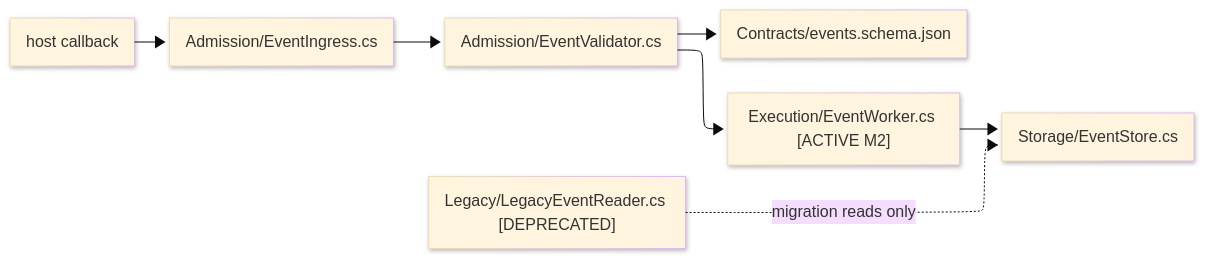
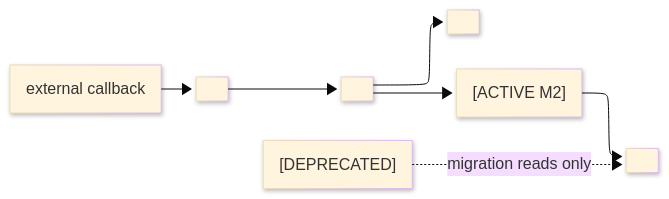
Before and after one commit to bsamiee/Rasm: the first of 2 diagrams in docs/standards/explanation/architecture.md, drawn with Mermaid. The commit also changed other lines of this file and 139 other files, not shown here.

````diff
--- a/docs/standards/explanation/architecture.md
+++ b/docs/standards/explanation/architecture.md
@@ -260,21 +260,21 @@
 ```mermaid
 ---
 config:
   layout: elk
   look: neo
   theme: base
   elk:
     mergeEdges: false
     nodePlacementStrategy: BRANDES_KOEPF
     cycleBreakingStrategy: GREEDY_MODEL_ORDER
 ---
 flowchart LR
-    accTitle: Event pipeline code flow
-    accDescr: Host events enter the admission file, validate against the generated contract, execute through the in-progress worker, and persist through the storage boundary while deprecated legacy reads remain isolated.
-    Host["host callback"] --> Ingress["Admission/EventIngress.cs"]
-    Ingress --> Validator["Admission/EventValidator.cs"]
-    Validator --> Contract["Contracts/events.schema.json"]
-    Validator --> Worker["Execution/EventWorker.cs [ACTIVE M2]"]
-    Worker --> Store["Storage/EventStore.cs"]
-    Legacy["Legacy/LegacyEventReader.cs [DEPRECATED]"] -. "migration reads only" .-> Store
+    accTitle: Package code flow
+    accDescr: External inputs enter the admission file, validate against the generated contract, execute through the in-progress worker, and persist through the storage boundary while deprecated legacy reads remain isolated.
+    Host["external callback"] --> Ingress["<entrypoint>"]
+    Ingress --> Validator["<validator>"]
+    Validator --> Contract["<contract-artifact>"]
+    Validator --> Worker["<worker> [ACTIVE M2]"]
+    Worker --> Store["<store>"]
+    Legacy["<legacy-reader> [DEPRECATED]"] -. "migration reads only" .-> Store
 ```
````
